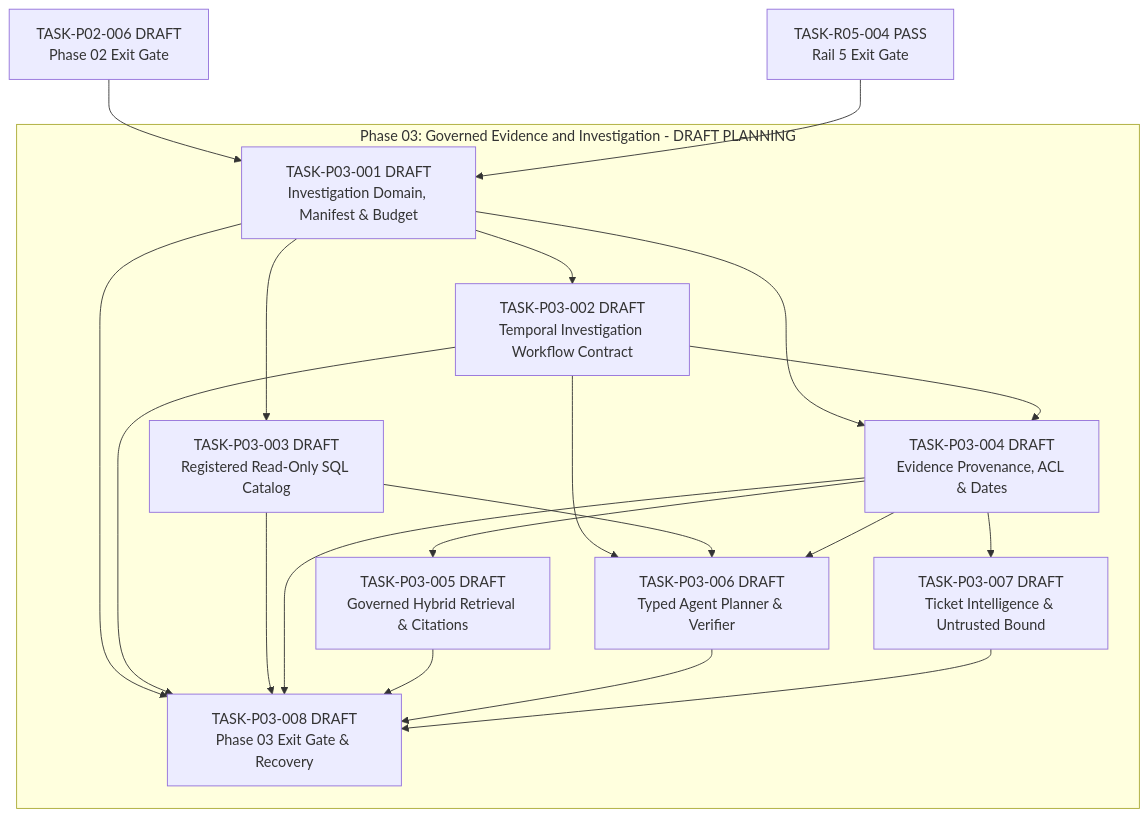
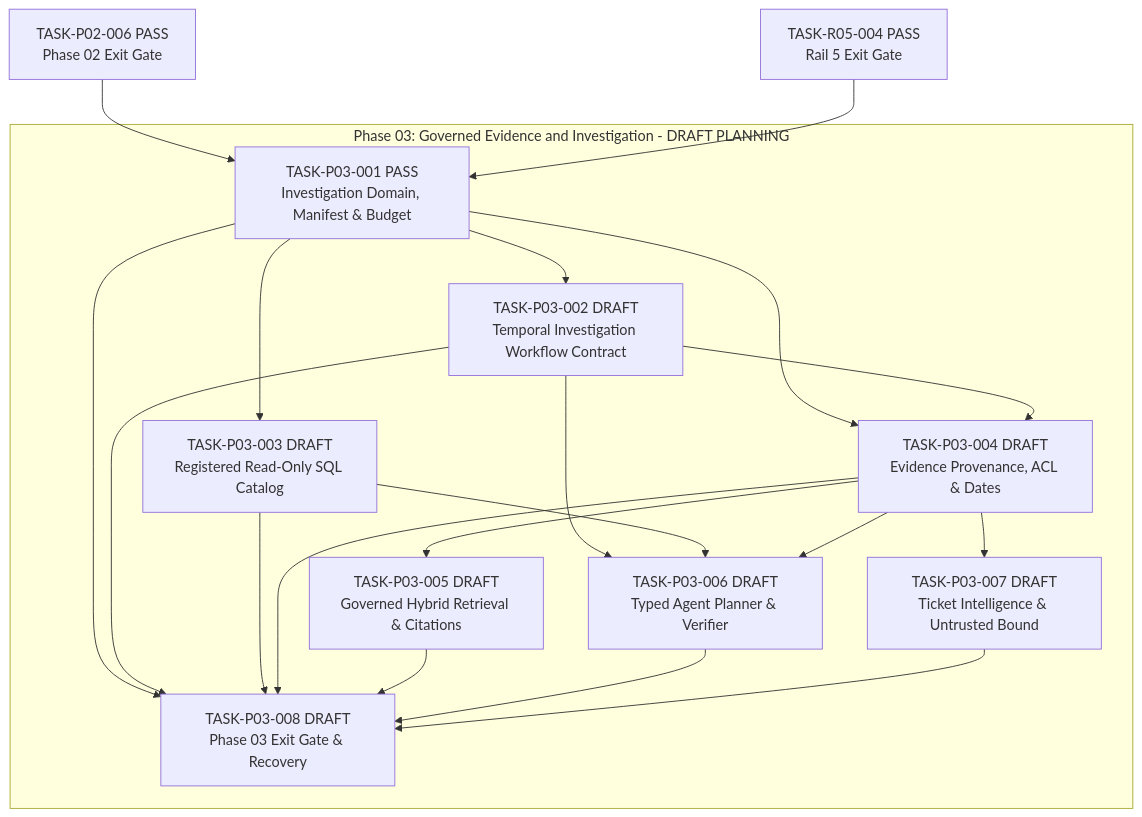
The fourth of 10 diagrams in execution/DEPENDENCY-GRAPH.md (DuongVinh2004/RevPilot-AI), drawn with Mermaid before and after one commit. The commit also changed other lines of this file and 203 other files, not shown here.

````diff
--- a/execution/DEPENDENCY-GRAPH.md
+++ b/execution/DEPENDENCY-GRAPH.md
@@ -99,33 +99,33 @@
 ```mermaid
 flowchart TD
   subgraph Phase03 [Phase 03: Governed Evidence and Investigation - DRAFT PLANNING]
-    P03_01[TASK-P03-001 DRAFT\nInvestigation Domain, Manifest & Budget]
+    P03_01[TASK-P03-001 PASS\nInvestigation Domain, Manifest & Budget]
     P03_02[TASK-P03-002 DRAFT\nTemporal Investigation Workflow Contract]
     P03_03[TASK-P03-003 DRAFT\nRegistered Read-Only SQL Catalog]
     P03_04[TASK-P03-004 DRAFT\nEvidence Provenance, ACL & Dates]
     P03_05[TASK-P03-005 DRAFT\nGoverned Hybrid Retrieval & Citations]
     P03_06[TASK-P03-006 DRAFT\nTyped Agent Planner & Verifier]
     P03_07[TASK-P03-007 DRAFT\nTicket Intelligence & Untrusted Bound]
     P03_08[TASK-P03-008 DRAFT\nPhase 03 Exit Gate & Recovery]
 
     P03_01 --> P03_02
     P03_01 --> P03_03
     P03_01 --> P03_04
     P03_02 --> P03_04
     P03_04 --> P03_05
     P03_02 --> P03_06
     P03_03 --> P03_06
     P03_04 --> P03_06
     P03_04 --> P03_07
     P03_01 --> P03_08
     P03_02 --> P03_08
     P03_03 --> P03_08
     P03_04 --> P03_08
     P03_05 --> P03_08
     P03_06 --> P03_08
     P03_07 --> P03_08
   end
 
-  P02_06[TASK-P02-006 DRAFT\nPhase 02 Exit Gate] --> P03_01
+  P02_06[TASK-P02-006 PASS\nPhase 02 Exit Gate] --> P03_01
   R05_04[TASK-R05-004 PASS\nRail 5 Exit Gate] --> P03_01
 ```
````
